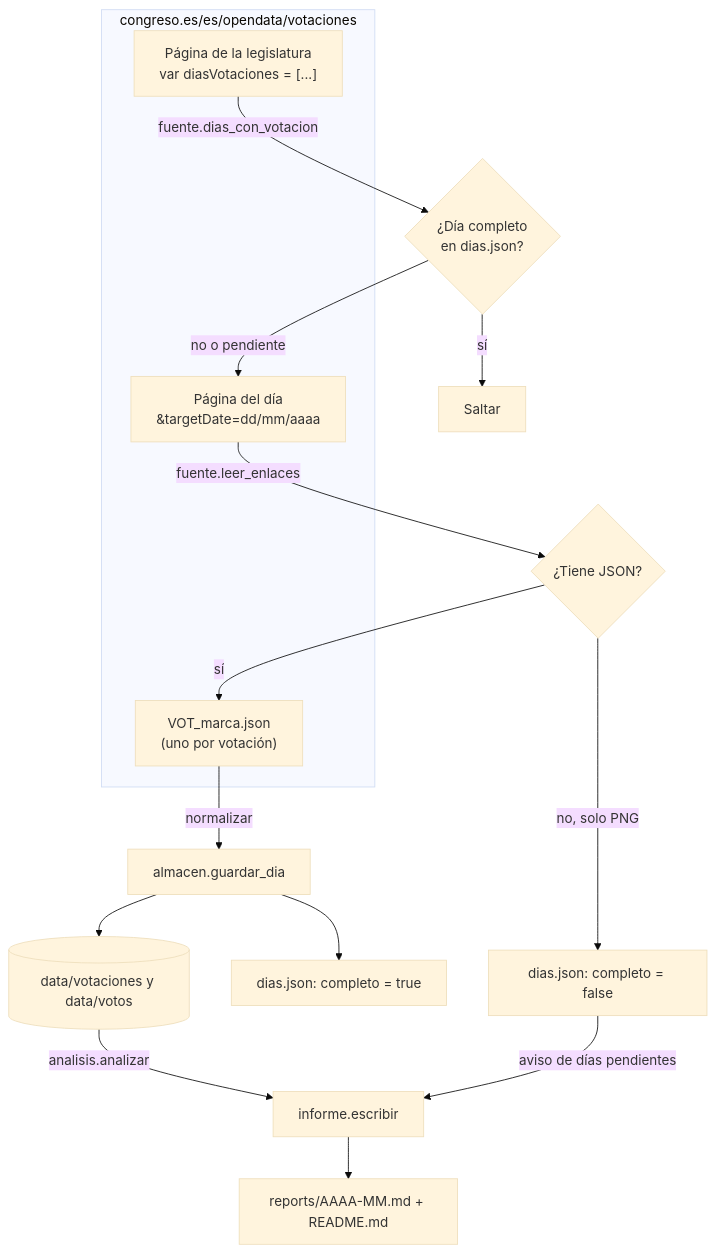
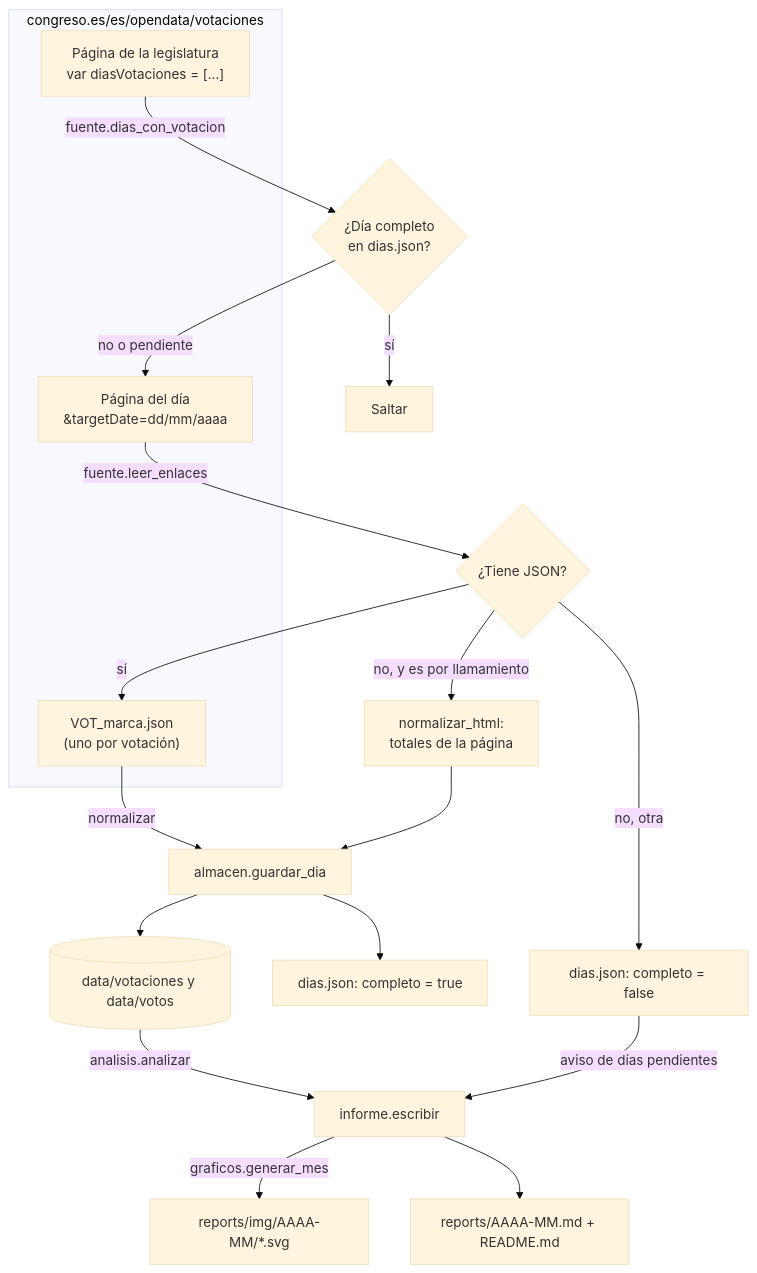
Before and after one commit to Julianquin/votaciones-congreso: the first of 2 diagrams in docs/ARCHITECTURE.md, drawn with Mermaid (base theme). The commit also changed other lines of this file and 20 other files, not shown here.

Commit message:
Gráficos, votaciones por llamamiento, mayorías y Gobierno en el informe mensual

````diff
--- a/docs/ARCHITECTURE.md
+++ b/docs/ARCHITECTURE.md
@@ -27,20 +29,23 @@
 ```mermaid
 flowchart TD
     subgraph Portal["congreso.es/es/opendata/votaciones"]
         P1["Página de la legislatura<br/>var diasVotaciones = [...]"]
         P2["Página del día<br/>&targetDate=dd/mm/aaaa"]
         P3["VOT_marca.json<br/>(uno por votación)"]
     end
     P1 -->|fuente.dias_con_votacion| D{¿Día completo<br/>en dias.json?}
     D -->|sí| S[Saltar]
     D -->|no o pendiente| P2
     P2 -->|fuente.leer_enlaces| E{¿Tiene JSON?}
-    E -->|no, solo PNG| M[dias.json: completo = false]
+    E -->|no, y es por llamamiento| H[normalizar_html:<br/>totales de la página]
+    E -->|no, otra| M[dias.json: completo = false]
     E -->|sí| P3
+    H --> A
     P3 -->|normalizar| A[almacen.guardar_dia]
     A --> PQ[(data/votaciones y data/votos)]
     A --> M2[dias.json: completo = true]
     PQ -->|analisis.analizar| I[informe.escribir]
     M -->|aviso de días pendientes| I
+    I -->|graficos.generar_mes| G[reports/img/AAAA-MM/*.svg]
     I --> R[reports/AAAA-MM.md + README.md]
 ```
````
